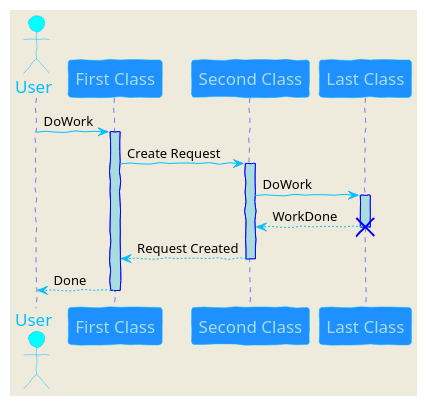
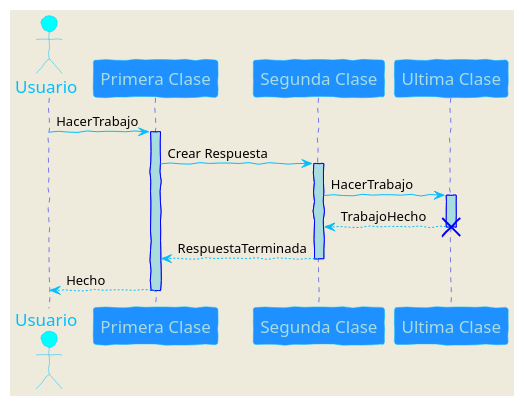
One commit to MarcoCenturion/Linux changed diagram 20 of 22 in Ejemplos_markdown.md. Above: the diagram before and after it, drawn with PlantUML. The commit also changed other lines of this file and 2 other files, not shown here.

```diff
--- a/Ejemplos_markdown.md
+++ b/Ejemplos_markdown.md
@@ -440,45 +457,45 @@
 @startuml
 skinparam backgroundColor #EEEBDC
 skinparam handwritten true
 
 skinparam sequence {
 ArrowColor DeepSkyBlue
 ActorBorderColor DeepSkyBlue
 LifeLineBorderColor blue
 LifeLineBackgroundColor #A9DCDF
 
 ParticipantBorderColor DeepSkyBlue
 ParticipantBackgroundColor DodgerBlue
 ParticipantFontName Impact
 ParticipantFontSize 17
 ParticipantFontColor #A9DCDF
 
 ActorBackgroundColor aqua
 ActorFontColor DeepSkyBlue
 ActorFontSize 17
 ActorFontName Aapex
 }
 
-actor User
-participant "First Class" as A
-participant "Second Class" as B
-participant "Last Class" as C
+actor Usuario
+participant "Primera Clase" as A
+participant "Segunda Clase" as B
+participant "Ultima Clase" as C
 
-User -> A: DoWork
+Usuario -> A: HacerTrabajo
 activate A
 
-A -> B: Create Request
+A -> B: Crear Respuesta
 activate B
 
-B -> C: DoWork
+B -> C: HacerTrabajo
 activate C
-C --> B: WorkDone
+C --> B: TrabajoHecho
 destroy C
 
-B --> A: Request Created
+B --> A: RespuestaTerminada
 deactivate B
 
-A --> User: Done
+A --> Usuario: Hecho
 deactivate A
 
 @enduml
```
